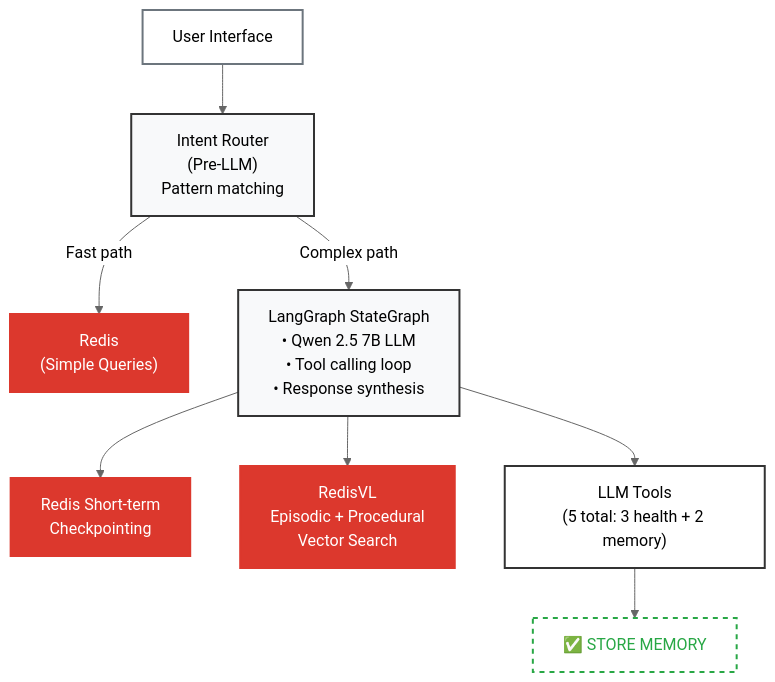
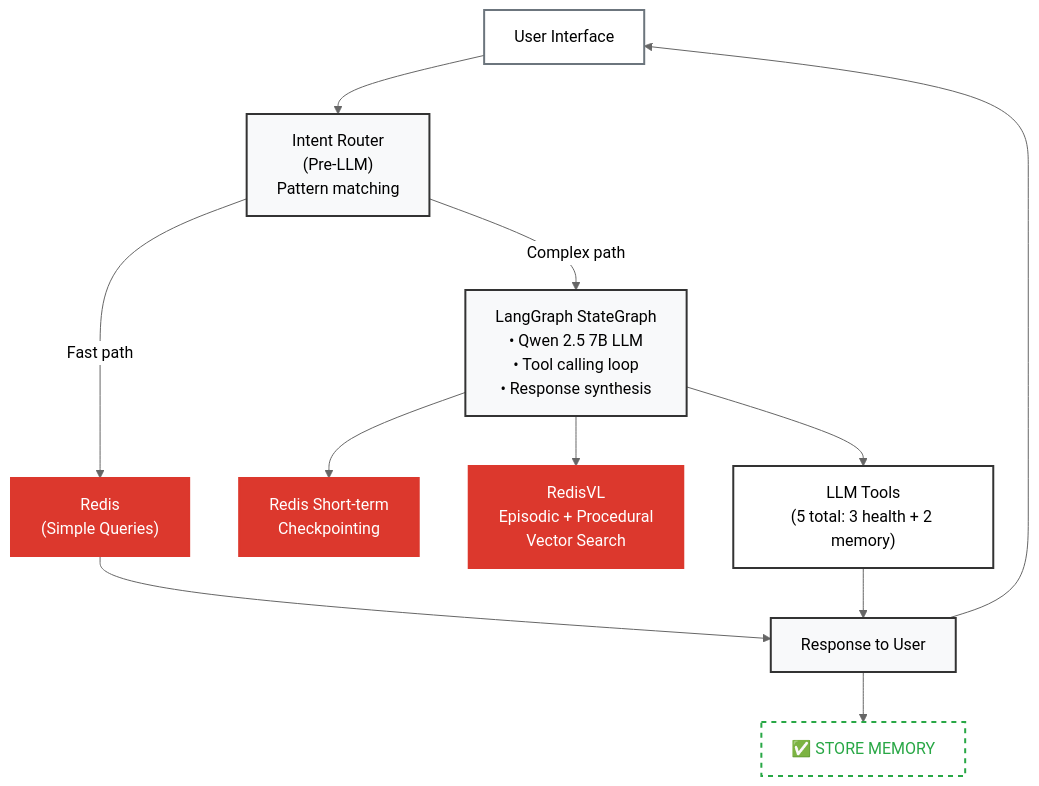
The second of 2 diagrams in docs/05_STATELESS_VS_STATEFUL_COMPARISON.md (AllieRays/redis-wellness), drawn with Mermaid (neutral theme) before and after one commit. The commit also changed other lines of this file and 6 other files, not shown here.

````diff
--- a/docs/05_STATELESS_VS_STATEFUL_COMPARISON.md
+++ b/docs/05_STATELESS_VS_STATEFUL_COMPARISON.md
@@ -54,28 +58,33 @@
 ```mermaid
 flowchart TB
     UI["User Interface"]
     Router["Intent Router<br/>(Pre-LLM)<br/>Pattern matching"]
     Simple["Redis<br/>(Simple Queries)"]
     Complex["LangGraph StateGraph<br/>• Qwen 2.5 7B LLM<br/>• Tool calling loop<br/>• Response synthesis"]
     RedisShort["Redis Short-term<br/>Checkpointing"]
     RedisVL["RedisVL<br/>Episodic + Procedural<br/>Vector Search"]
     Tools["LLM Tools<br/>(5 total: 3 health + 2 memory)"]
+    Response["Response to User"]
     Store["✅ STORE MEMORY"]
 
     UI --> Router
     Router -->|"Fast path"| Simple
     Router -->|"Complex path"| Complex
+    Simple --> Response
     Complex --> RedisShort
     Complex --> RedisVL
     Complex --> Tools
-    Tools --> Store
+    Tools --> Response
+    Response --> UI
+    Response --> Store
 
     style UI fill:#fff,stroke:#6c757d,stroke-width:2px,color:#000
     style Router fill:#f8f9fa,stroke:#333,stroke-width:2px,color:#000
     style Simple fill:#dc382d,stroke:#dc382d,stroke-width:2px,color:#fff
     style Complex fill:#f8f9fa,stroke:#333,stroke-width:2px,color:#000
     style RedisShort fill:#dc382d,stroke:#dc382d,stroke-width:2px,color:#fff
     style RedisVL fill:#dc382d,stroke:#dc382d,stroke-width:2px,color:#fff
     style Tools fill:#fff,stroke:#333,stroke-width:2px,color:#000
+    style Response fill:#f8f9fa,stroke:#333,stroke-width:2px,color:#000
     style Store fill:#fff,stroke:#28a745,stroke-width:2px,color:#28a745,stroke-dasharray: 5 5
 ```
````
